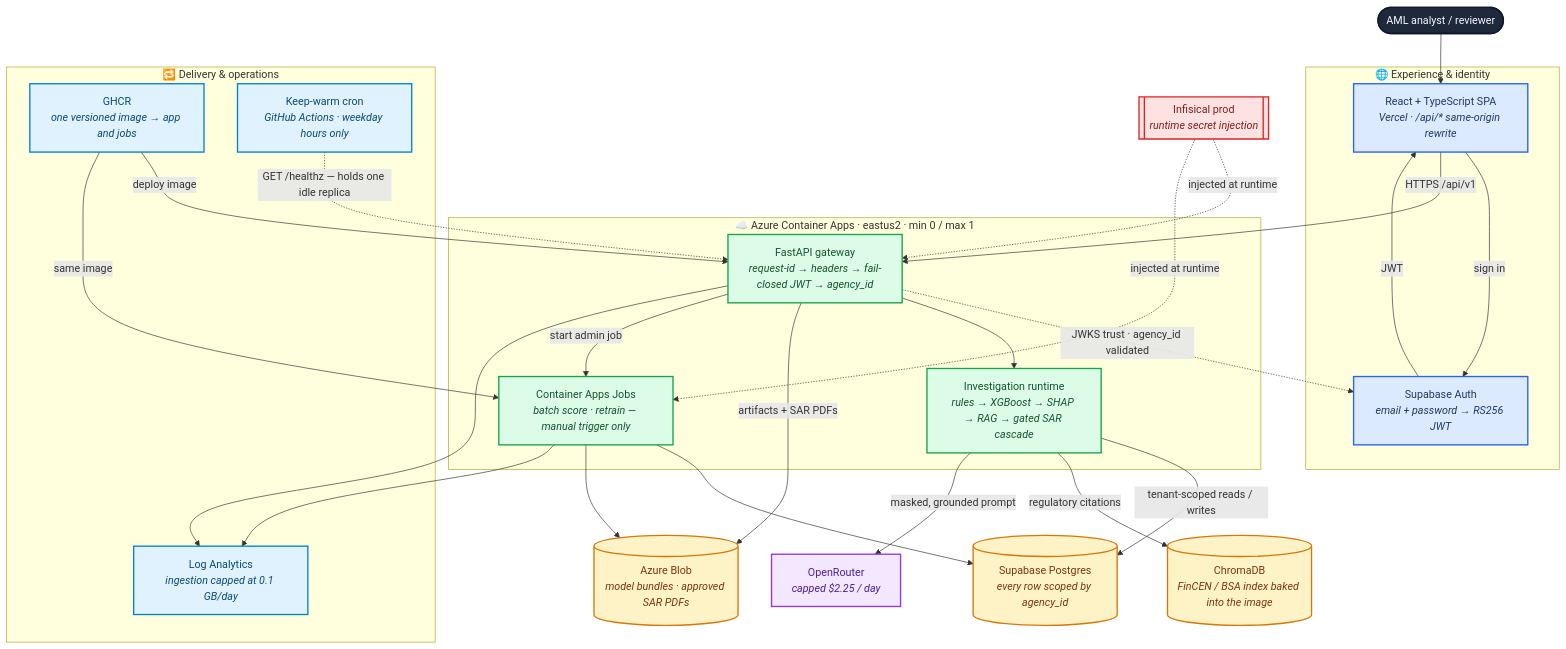
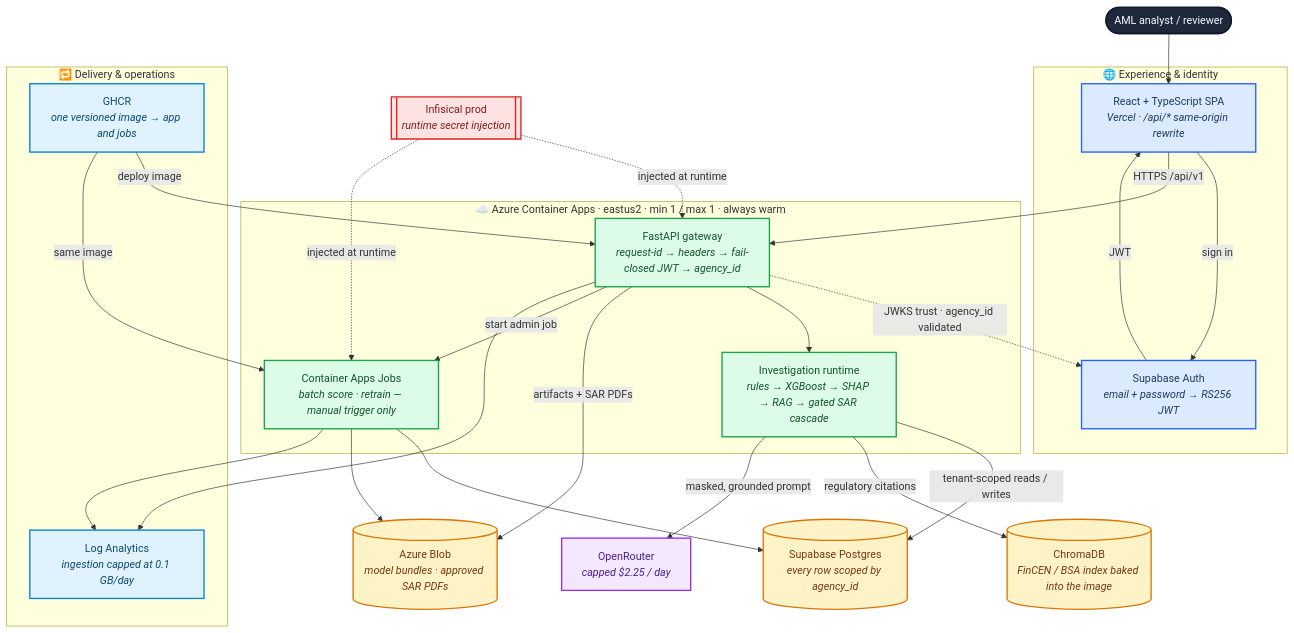
Before and after one commit to Kartik-Hirijaganer/FraudLens: the diagram in README.md, drawn with Mermaid. The commit also changed other lines of this file and 5 other files, not shown here.

````diff
--- a/README.md
+++ b/README.md
@@ -115,64 +115,62 @@
 ```mermaid
 flowchart TB
     user(["AML analyst / reviewer"])
 
     subgraph edge["🌐 Experience & identity"]
         spa["React + TypeScript SPA<br/><i>Vercel · /api/* same-origin rewrite</i>"]
         auth["Supabase Auth<br/><i>email + password → RS256 JWT</i>"]
     end
 
-    subgraph azure["☁️ Azure Container Apps · eastus2 · min 0 / max 1"]
+    subgraph azure["☁️ Azure Container Apps · eastus2 · min 1 / max 1 · always warm"]
         gw["FastAPI gateway<br/><i>request-id → headers → fail-closed JWT → agency_id</i>"]
         pipe["Investigation runtime<br/><i>rules → XGBoost → SHAP → RAG → gated SAR cascade</i>"]
         jobs["Container Apps Jobs<br/><i>batch score · retrain — manual trigger only</i>"]
     end
 
     subgraph ops["🔁 Delivery & operations"]
         ghcr["GHCR<br/><i>one versioned image → app and jobs</i>"]
-        warm["Keep-warm cron<br/><i>GitHub Actions · weekday hours only</i>"]
         logs["Log Analytics<br/><i>ingestion capped at 0.1 GB/day</i>"]
     end
 
     db[("Supabase Postgres<br/><i>every row scoped by agency_id</i>")]
     rag[("ChromaDB<br/><i>FinCEN / BSA index baked into the image</i>")]
     blob[("Azure Blob<br/><i>model bundles · approved SAR PDFs</i>")]
     llm["OpenRouter<br/><i>capped $2.25 / day</i>"]
     vault[["Infisical prod<br/><i>runtime secret injection</i>"]]
 
     user --> spa
     spa -->|"sign in"| auth
     auth -->|"JWT"| spa
     spa -->|"HTTPS /api/v1"| gw
     gw -.->|"JWKS trust · agency_id validated"| auth
     gw --> pipe
     pipe -->|"tenant-scoped reads / writes"| db
     pipe -->|"regulatory citations"| rag
     pipe -->|"masked, grounded prompt"| llm
     gw -->|"artifacts + SAR PDFs"| blob
     gw -->|"start admin job"| jobs
     jobs --> db
     jobs --> blob
     ghcr -->|"deploy image"| gw
     ghcr -->|"same image"| jobs
-    warm -.->|"GET /healthz — holds one idle replica"| gw
     gw --> logs
     jobs --> logs
     vault -.->|"injected at runtime"| gw
     vault -.->|"injected at runtime"| jobs
 
     classDef person fill:#1e293b,stroke:#0f172a,stroke-width:2px,color:#f8fafc
     classDef web    fill:#dbeafe,stroke:#2563eb,stroke-width:2px,color:#1e3a5f
     classDef compute fill:#dcfce7,stroke:#16a34a,stroke-width:2px,color:#14532d
     classDef store  fill:#fef3c7,stroke:#d97706,stroke-width:2px,color:#78350f
     classDef ext    fill:#f3e8ff,stroke:#9333ea,stroke-width:2px,color:#4c1d95
     classDef secret fill:#fee2e2,stroke:#dc2626,stroke-width:2px,color:#7f1d1d
     classDef opsnode fill:#e0f2fe,stroke:#0284c7,stroke-width:2px,color:#0c4a6e
 
     class user person
     class spa,auth web
     class gw,pipe,jobs compute
     class db,rag,blob store
     class llm ext
     class vault secret
-    class ghcr,warm,logs opsnode
+    class ghcr,logs opsnode
 ```
````
